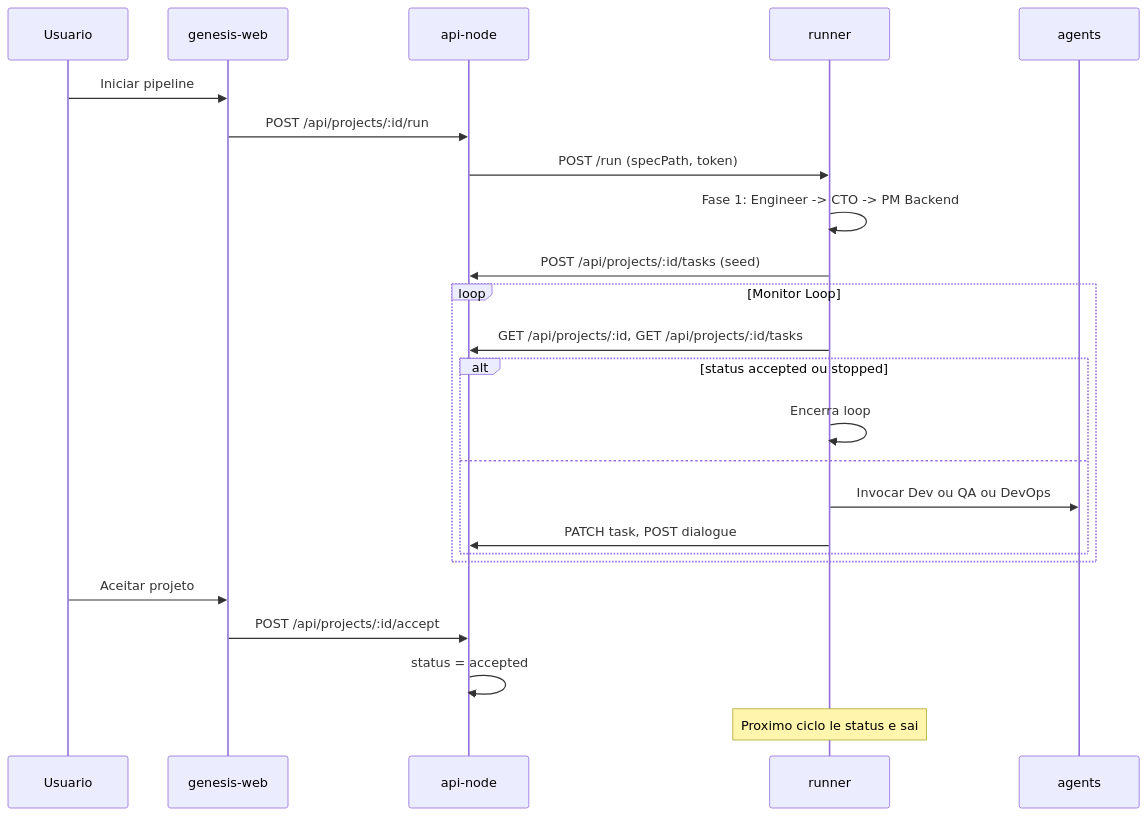
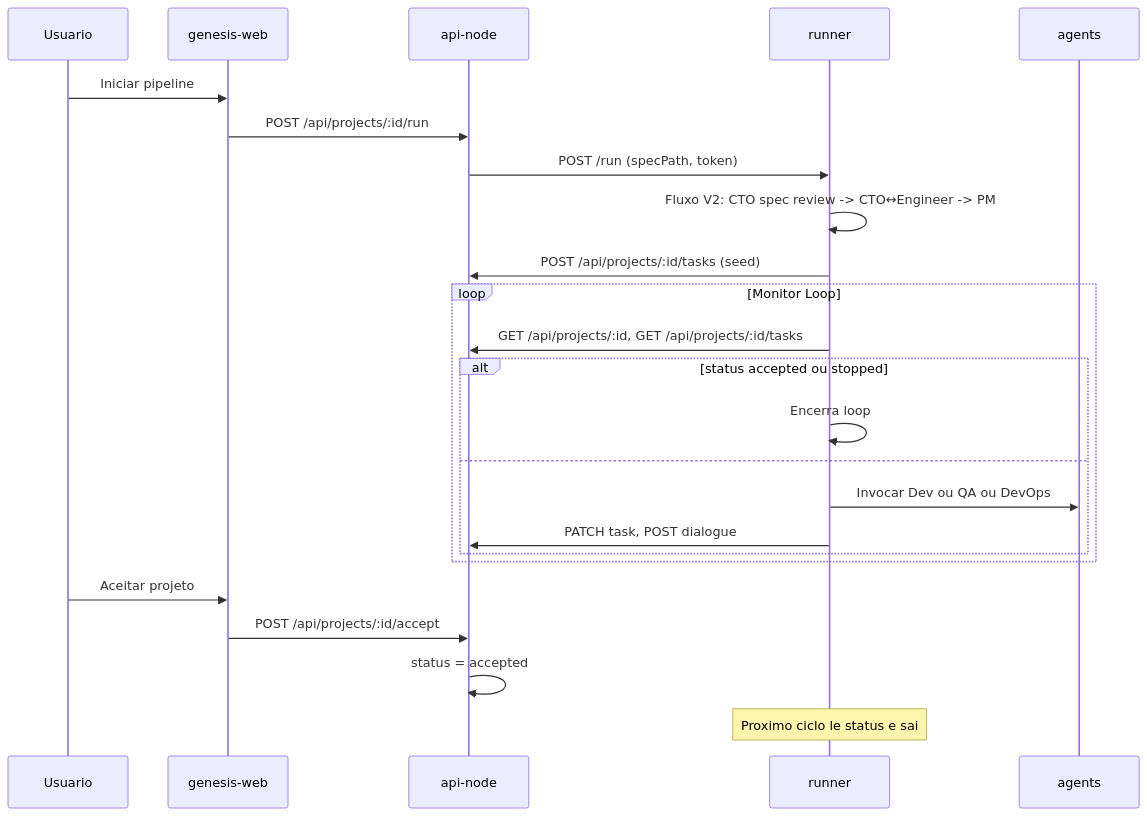
The fifth of 8 diagrams in ARCHITECTURE_DIAGRAM.md (zentriztech/zentriz-genesis), drawn with Mermaid before and after one commit. The commit also changed other lines of this file and 23 other files, not shown here.

First line of the commit message:
Pipeline V2: fluxo autônomo, Engineer nos docs, Mermaid e alinhamento

````diff
--- a/ARCHITECTURE_DIAGRAM.md
+++ b/ARCHITECTURE_DIAGRAM.md
@@ -219,27 +219,27 @@
 ```mermaid
 sequenceDiagram
     participant User as Usuario
     participant Portal as genesis-web
     participant API as api-node
     participant Runner as runner
     participant Agents as agents
 
     User->>Portal: Iniciar pipeline
     Portal->>API: POST /api/projects/:id/run
     API->>Runner: POST /run (specPath, token)
-    Runner->>Runner: Fase 1: Engineer -> CTO -> PM Backend
+    Runner->>Runner: Fluxo V2: CTO spec review -> CTO↔Engineer -> PM
     Runner->>API: POST /api/projects/:id/tasks (seed)
     loop Monitor Loop
         Runner->>API: GET /api/projects/:id, GET /api/projects/:id/tasks
         alt status accepted ou stopped
             Runner->>Runner: Encerra loop
         else
             Runner->>Agents: Invocar Dev ou QA ou DevOps
             Runner->>API: PATCH task, POST dialogue
         end
     end
     User->>Portal: Aceitar projeto
     Portal->>API: POST /api/projects/:id/accept
     API->>API: status = accepted
     Note over Runner: Proximo ciclo le status e sai
 ```
````
